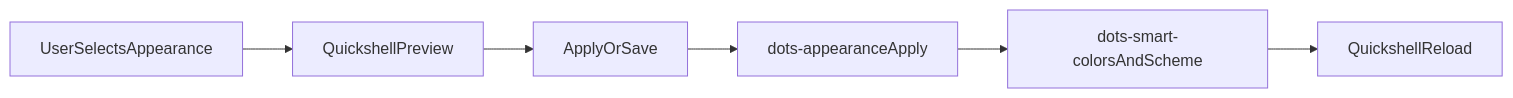
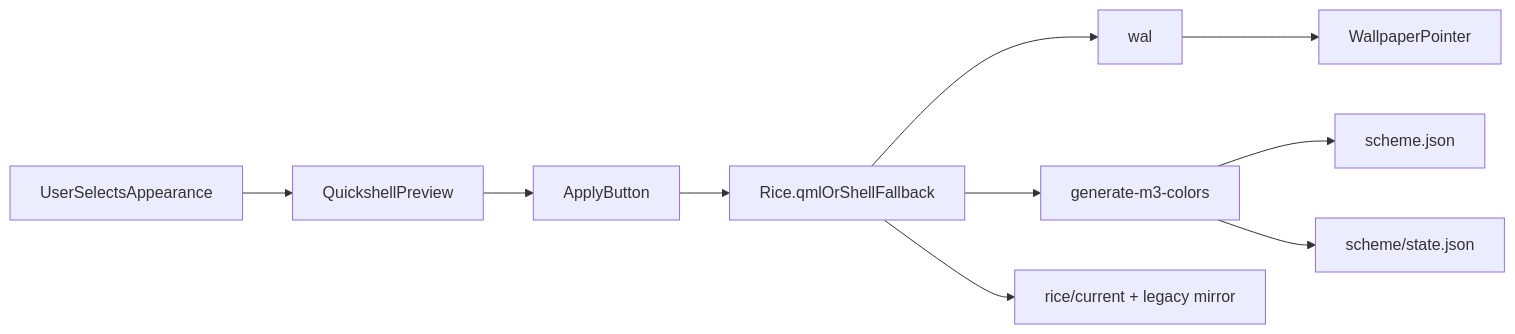
The diagram in docs/wiki/Rice-System-Theme-Management.md (ulises-jeremias/dotfiles), drawn with Mermaid before and after one commit. The commit also changed other lines of this file and 44 other files, not shown here.

First line of the commit message:
fix(appearance): unify Quickshell rice/wallpaper/scheme state

````diff
--- a/docs/wiki/Rice-System-Theme-Management.md
+++ b/docs/wiki/Rice-System-Theme-Management.md
@@ -30,8 +56,12 @@
 ```mermaid
 flowchart LR
   user[UserSelectsAppearance] --> preview[QuickshellPreview]
-  preview --> apply[ApplyOrSave]
-  apply --> cli[dots-appearanceApply]
-  cli --> palette[dots-smart-colorsAndScheme]
-  palette --> shell[QuickshellReload]
+  preview --> apply[ApplyButton]
+  apply --> rice[Rice.qmlOrShellFallback]
+  rice --> wal[wal]
+  wal --> pointer[WallpaperPointer]
+  rice --> m3[generate-m3-colors]
+  m3 --> scheme[scheme.json]
+  m3 --> state[scheme/state.json]
+  rice --> mirrors[rice/current + legacy mirror]
 ```
````
